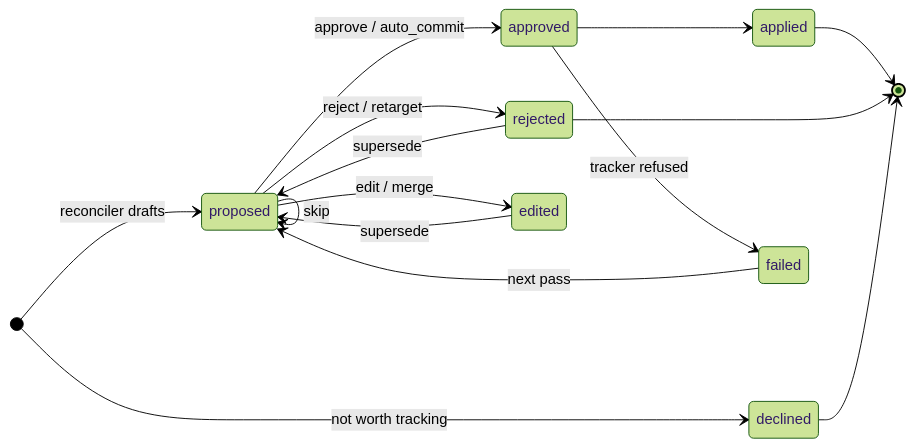
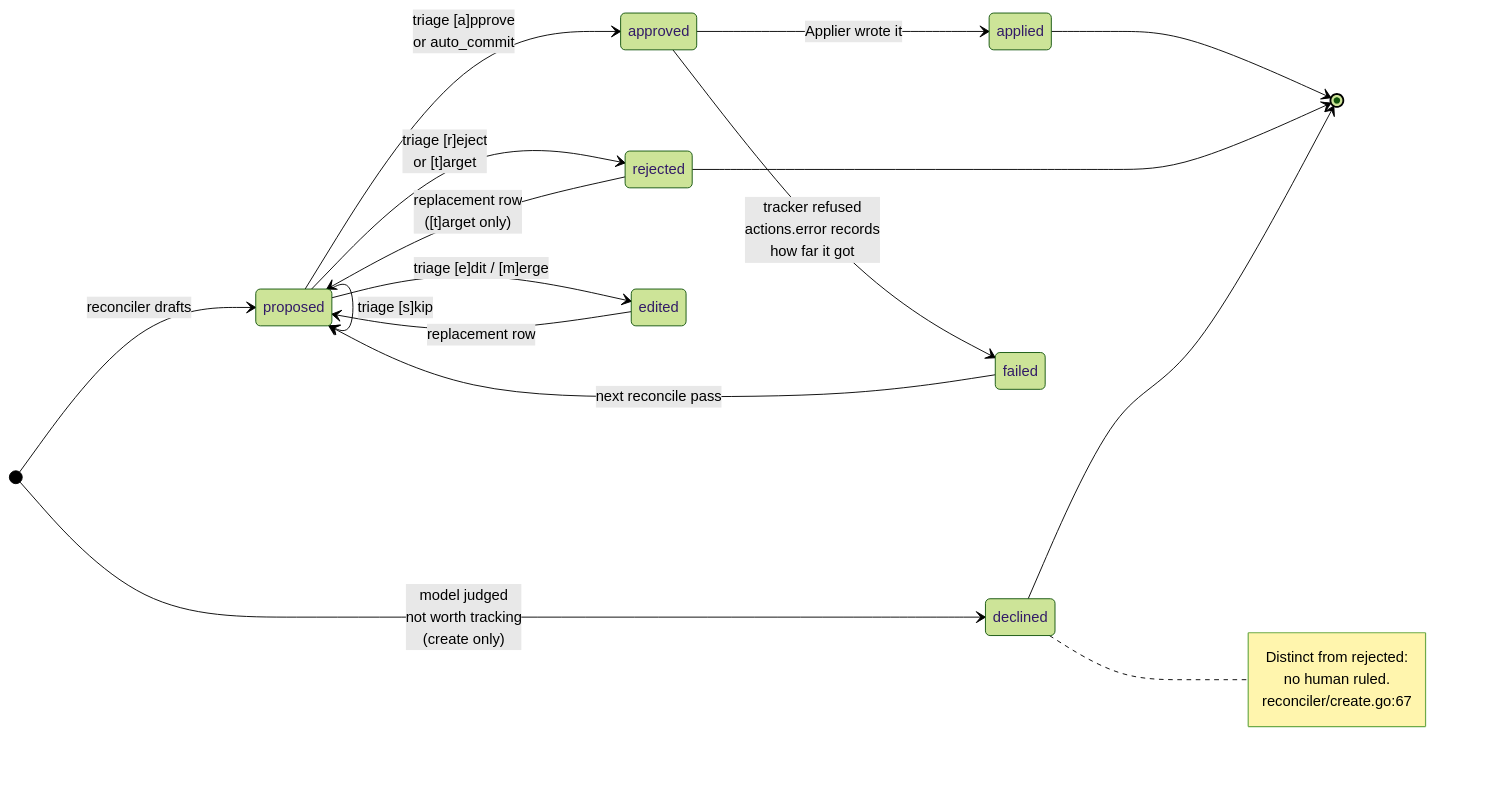
Before and after one commit to jcogilvie/unjira: the third of 4 diagrams in docs/architecture.md, drawn with Mermaid (forest theme). The commit also changed other lines of this file, not shown here.

First line of the commit message:
docs: restore full diagram detail — zoom makes pixel count a non-constraint

````diff
--- a/docs/architecture.md
+++ b/docs/architecture.md
@@ -136,27 +162,33 @@
 ```mermaid
 ---
 config:
-  nodeSpacing: 60
-  rankSpacing: 80
+  nodeSpacing: 110
+  rankSpacing: 140
 ---
 stateDiagram-v2
     direction LR
     [*] --> proposed: reconciler drafts
-    [*] --> declined: not worth tracking
+    [*] --> declined: model judged<br/>not worth tracking<br/>(create only)
 
-    proposed --> approved: approve / auto_commit
-    proposed --> rejected: reject / retarget
-    proposed --> edited: edit / merge
-    proposed --> proposed: skip
+    proposed --> approved: triage [a]pprove<br/>or auto_commit
+    proposed --> rejected: triage [r]eject<br/>or [t]arget
+    proposed --> edited: triage [e]dit / [m]erge
+    proposed --> proposed: triage [s]kip
 
-    approved --> applied
-    approved --> failed: tracker refused
+    approved --> applied: Applier wrote it
+    approved --> failed: tracker refused<br/>actions.error records<br/>how far it got
 
-    failed --> proposed: next pass
-    edited --> proposed: supersede
-    rejected --> proposed: supersede
+    failed --> proposed: next reconcile pass
+    edited --> proposed: replacement row
+    rejected --> proposed: replacement row<br/>([t]arget only)
 
     applied --> [*]
     rejected --> [*]
     declined --> [*]
+
+    note right of declined
+        Distinct from rejected:
+        no human ruled.
+        reconciler/create.go:67
+    end note
 ```
````
